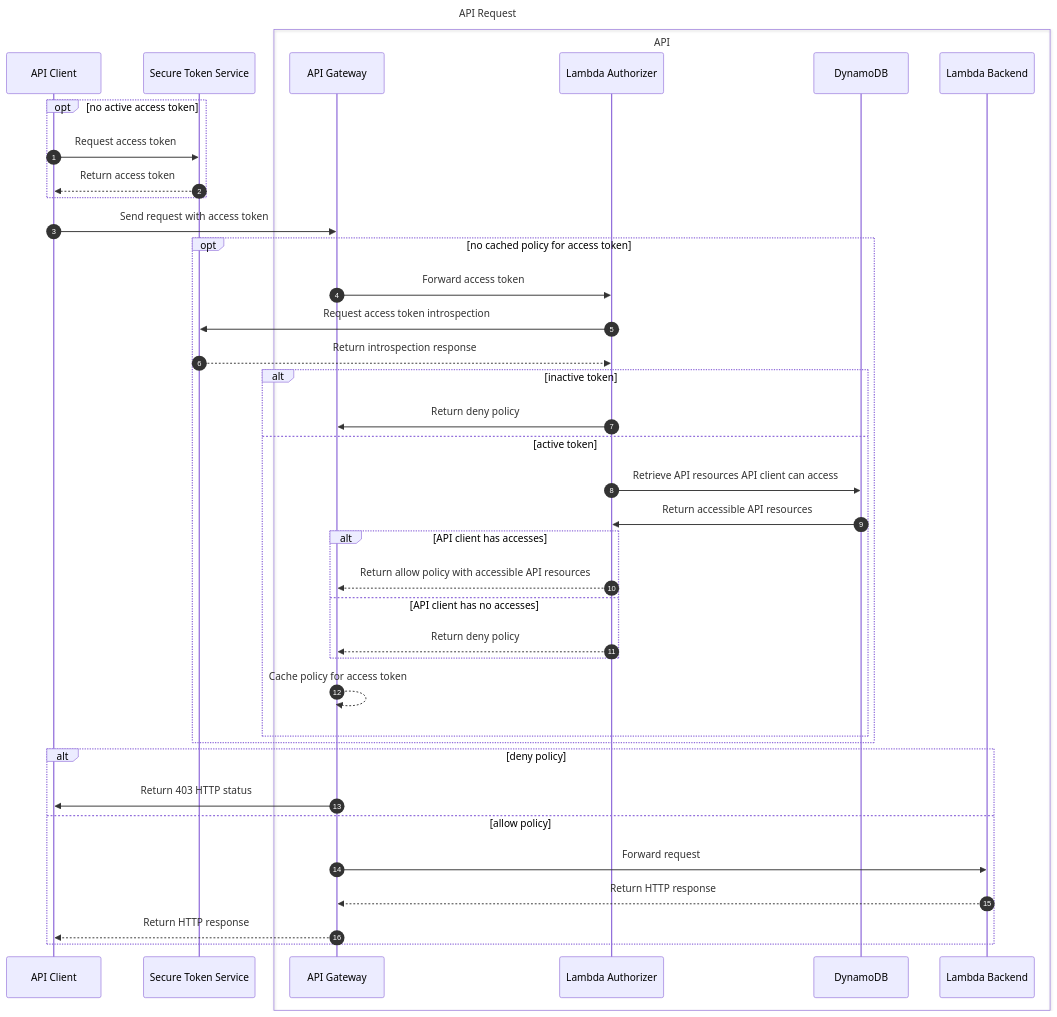
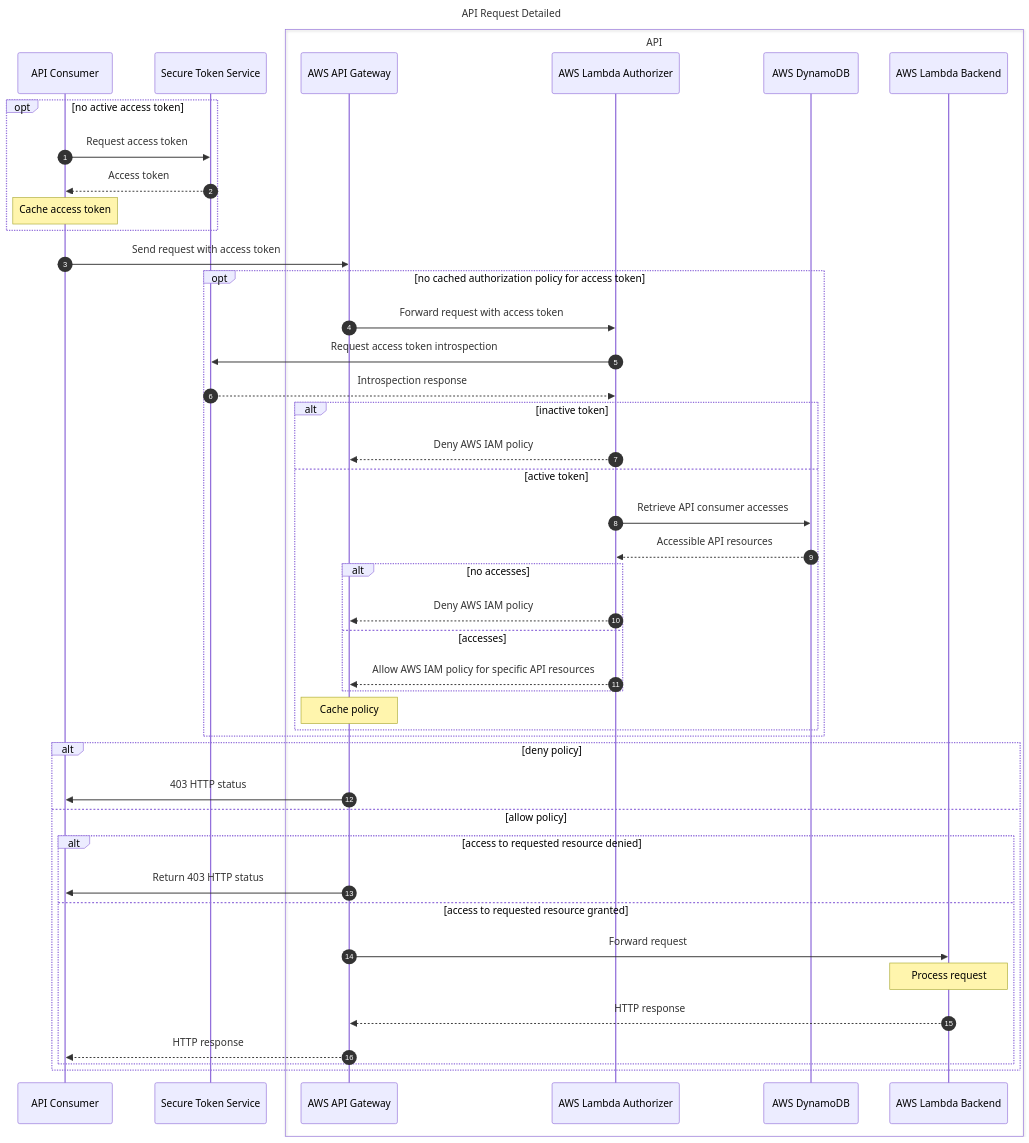
The second of 13 diagrams in mermaid/markdown/diagrams.template.md (tramaine-codes/visualization-playground), drawn with Mermaid before and after one commit. The commit also changed other lines of this file and 5 other files, not shown here.

Commit message:
feat: add less detailed api sequence diagram

````diff
--- a/mermaid/markdown/diagrams.template.md
+++ b/mermaid/markdown/diagrams.template.md
@@ -23,44 +32,50 @@
 ```mermaid
 ---
-title: API Request
+title: API Request Detailed
 ---
 sequenceDiagram
   autonumber
-  participant API Client
+  participant API Consumer
   participant Secure Token Service
   box API
-    participant API Gateway
-    participant Lambda Authorizer
-    participant DynamoDB
-    participant Lambda Backend
+    participant AWS API Gateway
+    participant AWS Lambda Authorizer
+    participant AWS DynamoDB
+    participant AWS Lambda Backend
   end
   opt no active access token
-    API Client->>Secure Token Service: Request access token
-    Secure Token Service-->>API Client: Return access token
+    API Consumer->>Secure Token Service: Request access token
+    Secure Token Service-->>API Consumer: Access token
+    Note over API Consumer: Cache access token
   end
-  API Client->>API Gateway: Send request with access token
-  opt no cached policy for access token
-    API Gateway->>Lambda Authorizer: Forward access token
-    Lambda Authorizer->>Secure Token Service: Request access token introspection
-    Secure Token Service-->>Lambda Authorizer: Return introspection response
+  API Consumer->>AWS API Gateway: Send request with access token
+  opt no cached authorization policy for access token
+    AWS API Gateway->>AWS Lambda Authorizer: Forward request with access token
+    AWS Lambda Authorizer->>Secure Token Service: Request access token introspection
+    Secure Token Service-->>AWS Lambda Authorizer: Introspection response
     alt inactive token
-      Lambda Authorizer->>API Gateway: Return deny policy
+      AWS Lambda Authorizer-->>AWS API Gateway: Deny AWS IAM policy
     else active token
-      Lambda Authorizer->>DynamoDB: Retrieve API resources API client can access
-      DynamoDB->>Lambda Authorizer: Return accessible API resources
-      alt API client has accesses
-        Lambda Authorizer-->>API Gateway: Return allow policy with accessible API resources
-      else API client has no accesses
-        Lambda Authorizer-->>API Gateway: Return deny policy
+      AWS Lambda Authorizer->>AWS DynamoDB: Retrieve API consumer accesses
+      AWS DynamoDB-->>AWS Lambda Authorizer: Accessible API resources
+      alt no accesses
+        AWS Lambda Authorizer-->>AWS API Gateway: Deny AWS IAM policy
+      else accesses
+        AWS Lambda Authorizer-->>AWS API Gateway: Allow AWS IAM policy for specific API resources
       end
-      API Gateway-->>API Gateway: Cache policy for access token
+      Note over AWS API Gateway: Cache policy
     end
   end
   alt deny policy
-    API Gateway->>API Client: Return 403 HTTP status
+    AWS API Gateway->>API Consumer: 403 HTTP status
   else allow policy
-    API Gateway->>Lambda Backend: Forward request
-    Lambda Backend-->>API Gateway: Return HTTP response
-    API Gateway-->>API Client: Return HTTP response
+    alt access to requested resource denied
+      AWS API Gateway->>API Consumer: Return 403 HTTP status
+    else access to requested resource granted
+      AWS API Gateway->>AWS Lambda Backend: Forward request
+      Note over AWS Lambda Backend: Process request
+      AWS Lambda Backend-->>AWS API Gateway: HTTP response
+      AWS API Gateway-->>API Consumer: HTTP response
+    end
   end
 ```
````
